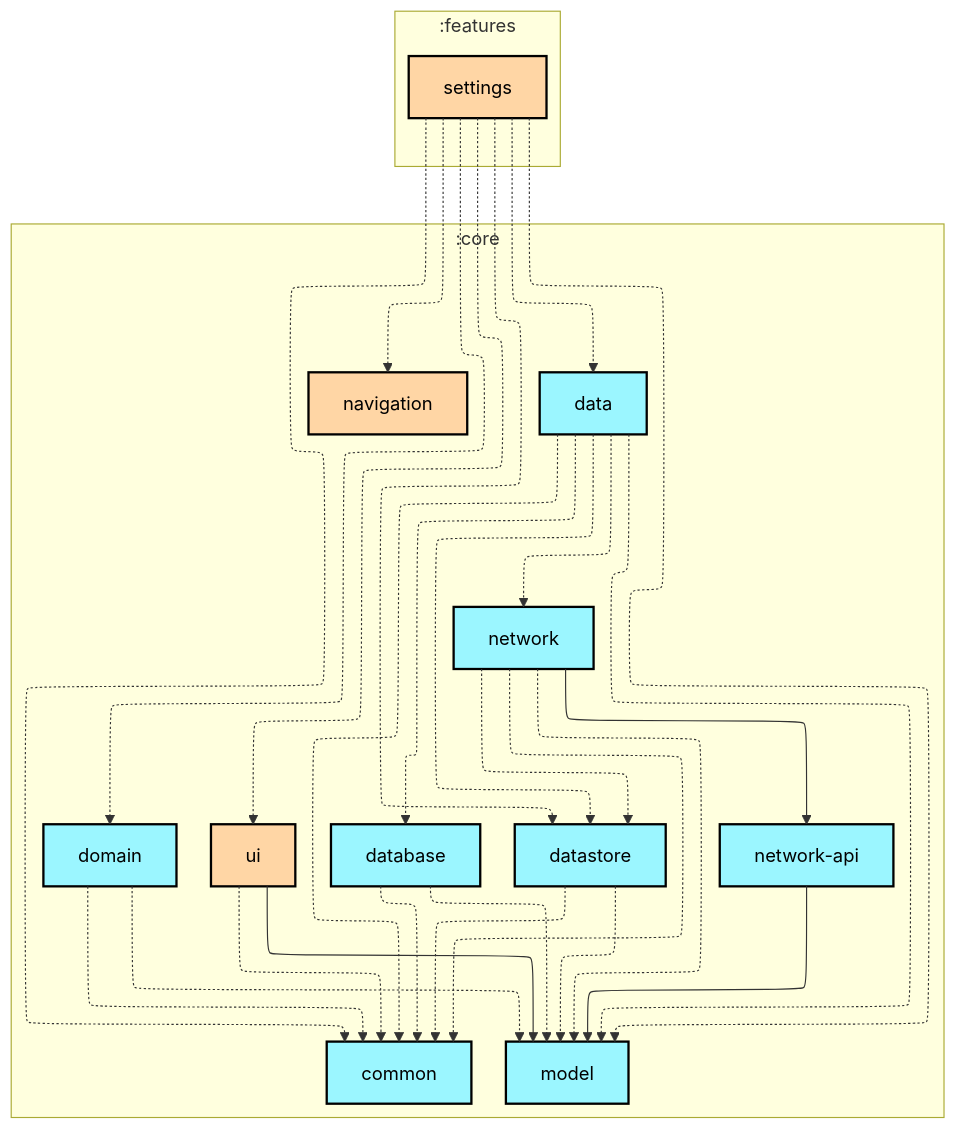
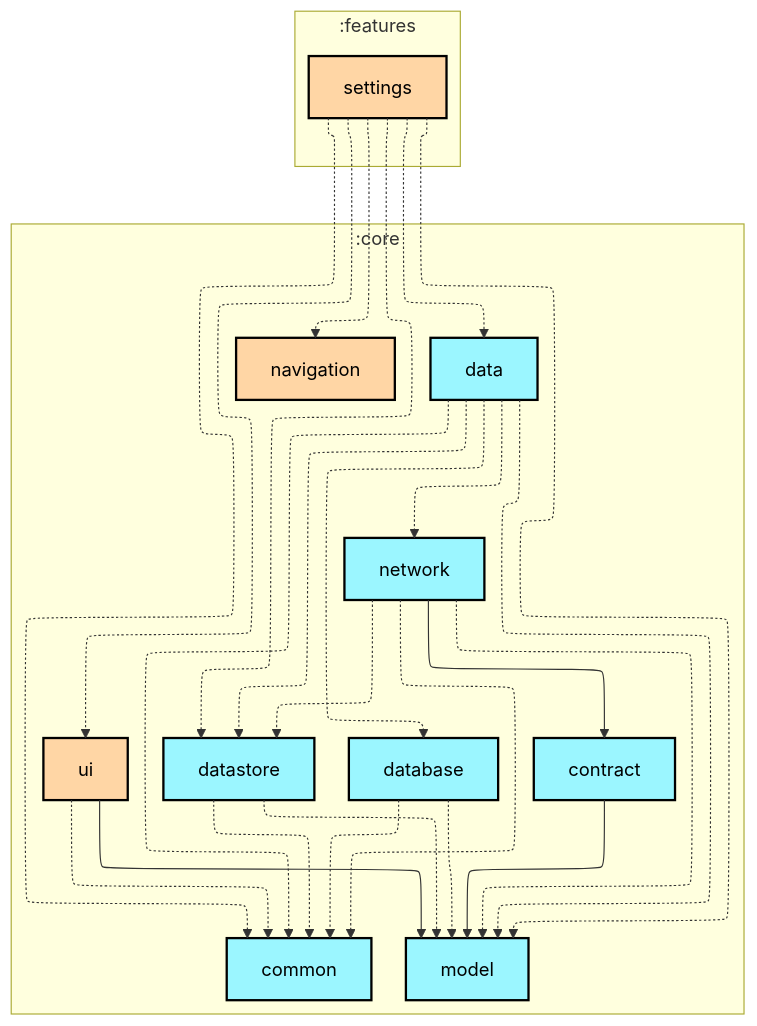
Before and after one commit to woods-marshes/chat-multiplatform: the first of 2 diagrams in features/settings/README.md, drawn with Mermaid. The commit also changed 58 other files, not shown here.

Commit message:
build: rename core:network-api module to core:contract

````diff
--- a/features/settings/README.md
+++ b/features/settings/README.md
@@ -6,59 +6,55 @@
 ```mermaid
 ---
 config:
   layout: elk
   elk:
     nodePlacementStrategy: SIMPLE
 ---
 graph TB
   subgraph :features
     direction TB
     :features:settings[settings]:::compose-multiplatform
   end
   subgraph :core
     direction TB
     :core:common[common]:::kotlin-multiplatform
+    :core:contract[contract]:::kotlin-multiplatform
     :core:data[data]:::kotlin-multiplatform
     :core:database[database]:::kotlin-multiplatform
     :core:datastore[datastore]:::kotlin-multiplatform
-    :core:domain[domain]:::kotlin-multiplatform
     :core:model[model]:::kotlin-multiplatform
     :core:navigation[navigation]:::compose-multiplatform
     :core:network[network]:::kotlin-multiplatform
-    :core:network-api[network-api]:::kotlin-multiplatform
     :core:ui[ui]:::compose-multiplatform
   end
 
+  :core:contract --> :core:model
   :core:data -.-> :core:common
   :core:data -.-> :core:database
   :core:data -.-> :core:datastore
   :core:data -.-> :core:model
   :core:data -.-> :core:network
   :core:database -.-> :core:common
   :core:database -.-> :core:model
   :core:datastore -.-> :core:common
   :core:datastore -.-> :core:model
-  :core:domain -.-> :core:common
-  :core:domain -.-> :core:model
   :core:network -.-> :core:common
+  :core:network --> :core:contract
   :core:network -.-> :core:datastore
   :core:network -.-> :core:model
-  :core:network --> :core:network-api
-  :core:network-api --> :core:model
   :core:ui -.-> :core:common
   :core:ui --> :core:model
   :features:settings -.-> :core:common
   :features:settings -.-> :core:data
   :features:settings -.-> :core:datastore
-  :features:settings -.-> :core:domain
   :features:settings -.-> :core:model
   :features:settings -.-> :core:navigation
   :features:settings -.-> :core:ui
 
 classDef android-application fill:#CAFFBF,stroke:#000,stroke-width:2px,color:#000;
 classDef desktop-application fill:#BDB2FF,stroke:#000,stroke-width:2px,color:#000;
 classDef compose-multiplatform fill:#FFD6A5,stroke:#000,stroke-width:2px,color:#000;
 classDef ktor-server fill:#FDFFB6,stroke:#000,stroke-width:2px,color:#000;
 classDef kotlin-multiplatform fill:#9BF6FF,stroke:#000,stroke-width:2px,color:#000;
 classDef unknown fill:#FFADAD,stroke:#000,stroke-width:2px,color:#000;
 ```
````
